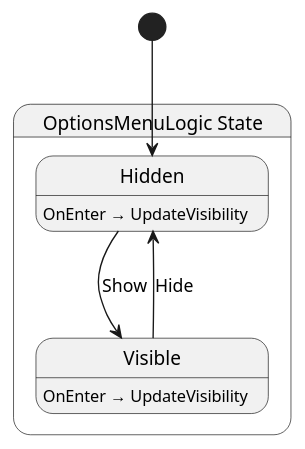
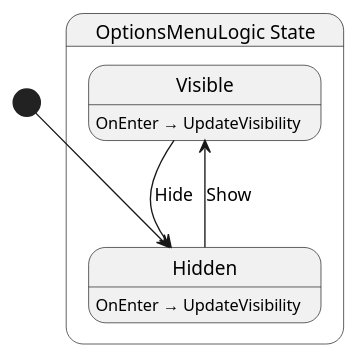
One commit to nilsiker/yolk changed the diagram in Yolk.Logic/OptionsMenu/OptionsMenuLogic.g.puml. Above: the diagram before and after it, drawn with PlantUML. The commit also changed other lines of this file and 14 other files, not shown here.

```diff
--- a/Yolk.Logic/OptionsMenu/OptionsMenuLogic.g.puml
+++ b/Yolk.Logic/OptionsMenu/OptionsMenuLogic.g.puml
@@ -1,14 +1,14 @@
 @startuml OptionsMenuLogic
 state "OptionsMenuLogic State" as Yolk_UI_OptionsMenuLogic_State {
+  state "Visible" as Yolk_UI_OptionsMenuLogic_State_Visible
   state "Hidden" as Yolk_UI_OptionsMenuLogic_State_Hidden
-  state "Visible" as Yolk_UI_OptionsMenuLogic_State_Visible
 }
 
 Yolk_UI_OptionsMenuLogic_State_Hidden --> Yolk_UI_OptionsMenuLogic_State_Visible : Show
 Yolk_UI_OptionsMenuLogic_State_Visible --> Yolk_UI_OptionsMenuLogic_State_Hidden : Hide
 
 Yolk_UI_OptionsMenuLogic_State_Hidden : OnEnter → UpdateVisibility
 Yolk_UI_OptionsMenuLogic_State_Visible : OnEnter → UpdateVisibility
 
 [*] --> Yolk_UI_OptionsMenuLogic_State_Hidden
 @enduml
```
